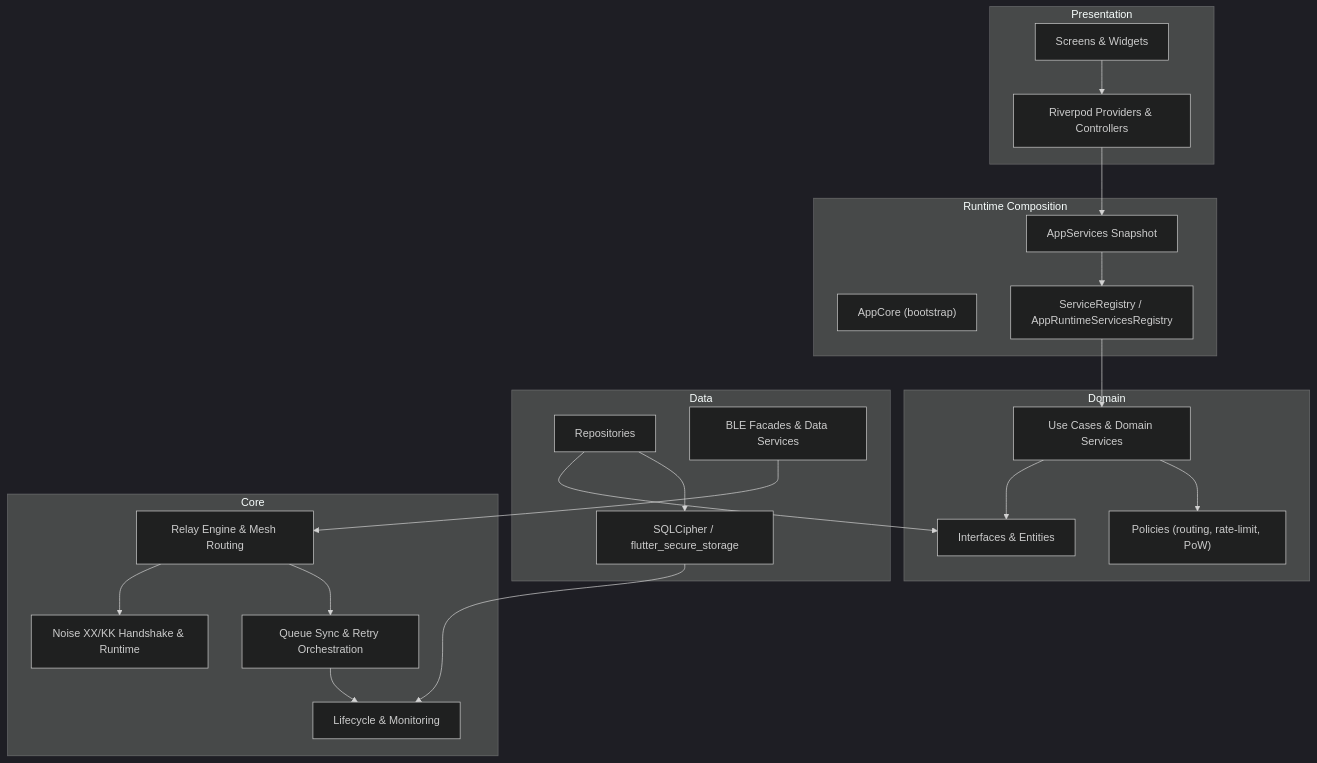
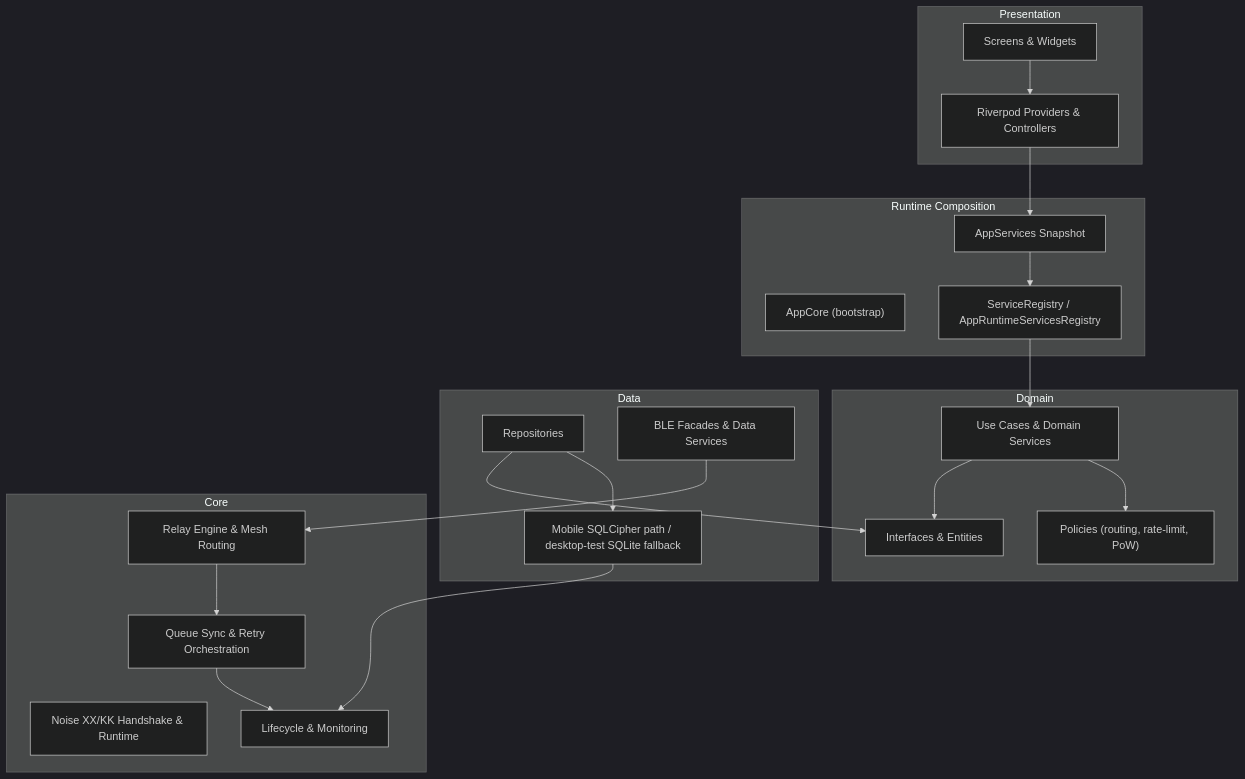
One commit to AbubakarMahmood1/pak_connect_final changed the diagram in README.md. Above: the diagram before and after it, drawn with Mermaid (dark theme). The commit also changed other lines of this file and 27 other files, not shown here.

````diff
--- a/README.md
+++ b/README.md
@@ -46,46 +54,45 @@
 ```mermaid
 graph TD
     subgraph Presentation["Presentation"]
         UI["Screens & Widgets"]
         RP["Riverpod Providers & Controllers"]
     end
 
     subgraph Composition["Runtime Composition"]
         AC["AppCore (bootstrap)"]
         AS["AppServices Snapshot"]
         SR["ServiceRegistry / AppRuntimeServicesRegistry"]
     end
 
     subgraph Domain["Domain"]
         UC["Use Cases & Domain Services"]
         IF["Interfaces & Entities"]
         PO["Policies (routing, rate-limit, PoW)"]
     end
 
     subgraph Data["Data"]
         REPO["Repositories"]
-        DB["SQLCipher / flutter_secure_storage"]
+        DB["Mobile SQLCipher path / desktop-test SQLite fallback"]
         BLEF["BLE Facades & Data Services"]
     end
 
     subgraph Core["Core"]
         NOISE["Noise XX/KK Handshake & Runtime"]
         RELAY["Relay Engine & Mesh Routing"]
         QUEUE["Queue Sync & Retry Orchestration"]
         MON["Lifecycle & Monitoring"]
     end
 
     UI --> RP
     RP --> AS
     AS --> SR
     SR --> UC
     UC --> IF
     UC --> PO
     REPO --> IF
     REPO --> DB
     BLEF --> RELAY
-    RELAY --> NOISE
     RELAY --> QUEUE
     DB --> MON
     QUEUE --> MON
 ```
````
